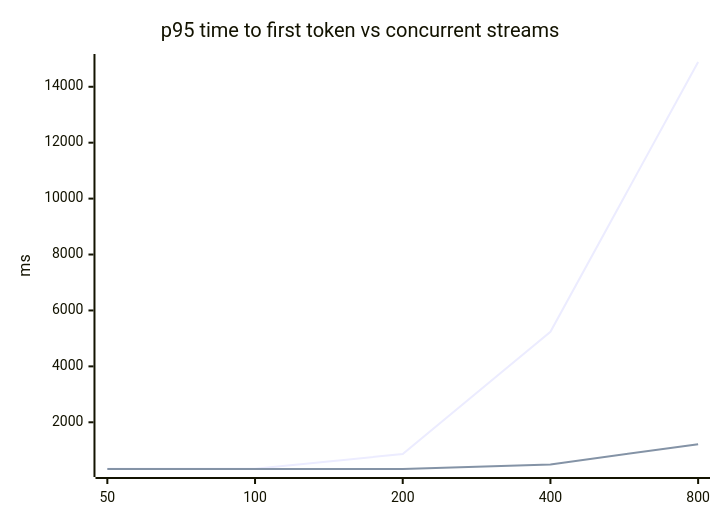
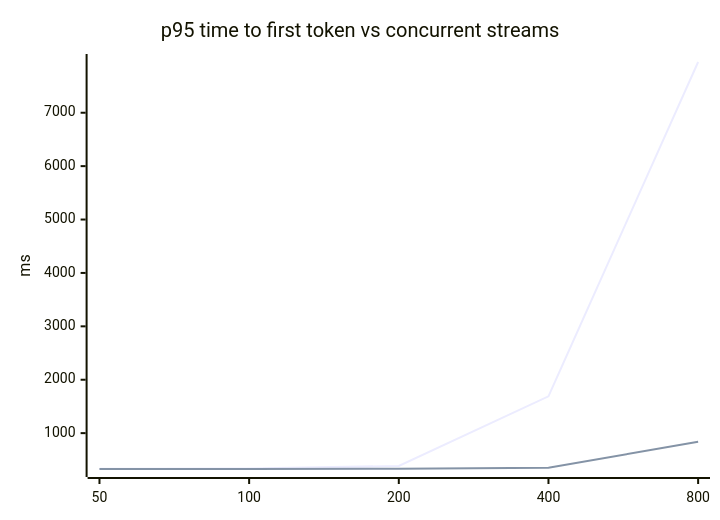
One commit to AndrewTtofi/llm-gateway changed the first of 3 diagrams in docs/RESULTS.md. Above: the diagram before and after it, drawn with Mermaid. The commit also changed other lines of this file and 71 other files, not shown here.

````diff
--- a/docs/RESULTS.md
+++ b/docs/RESULTS.md
@@ -57,8 +58,8 @@
 ```mermaid
 xychart-beta
     title "p95 time to first token vs concurrent streams"
     x-axis [50, 100, 200, 400, 800]
     y-axis "ms"
-    line [334.1, 339.3, 864.6, 5237.6, 14885.9]
-    line [330.3, 329.3, 331.2, 490.6, 1216.9]
+    line [335.3, 335.5, 385.9, 1689.7, 7950.1]
+    line [328.4, 330.3, 331.7, 353.9, 836.8]
 ```
````
